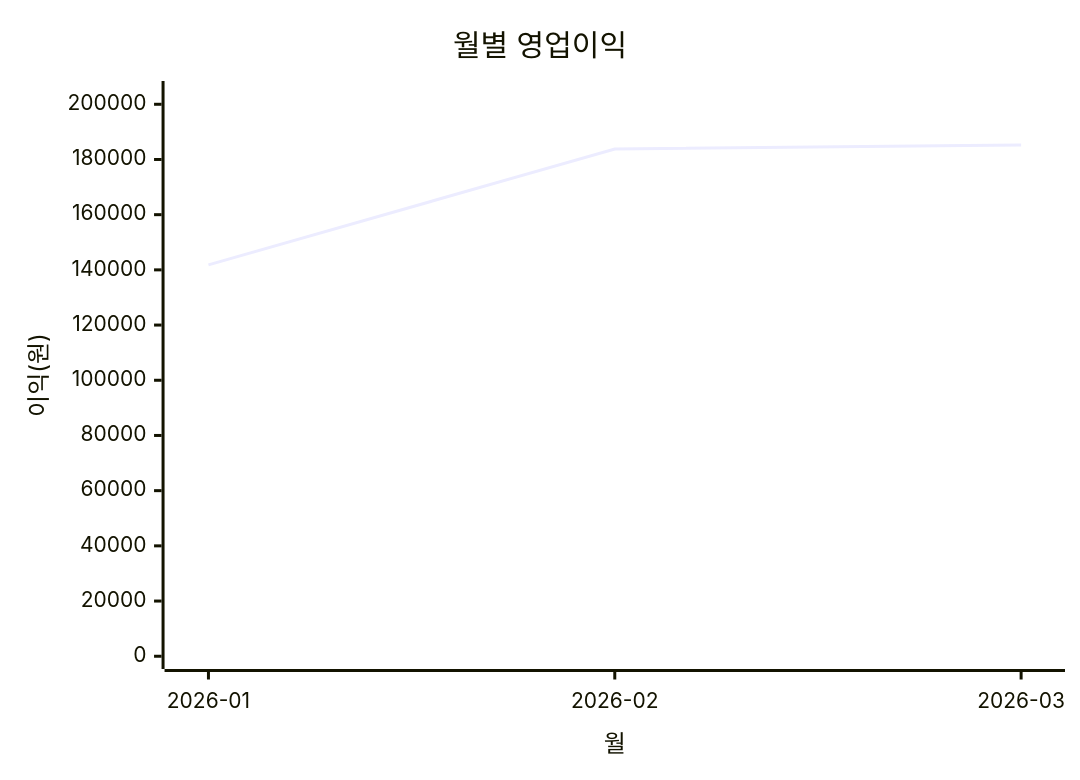
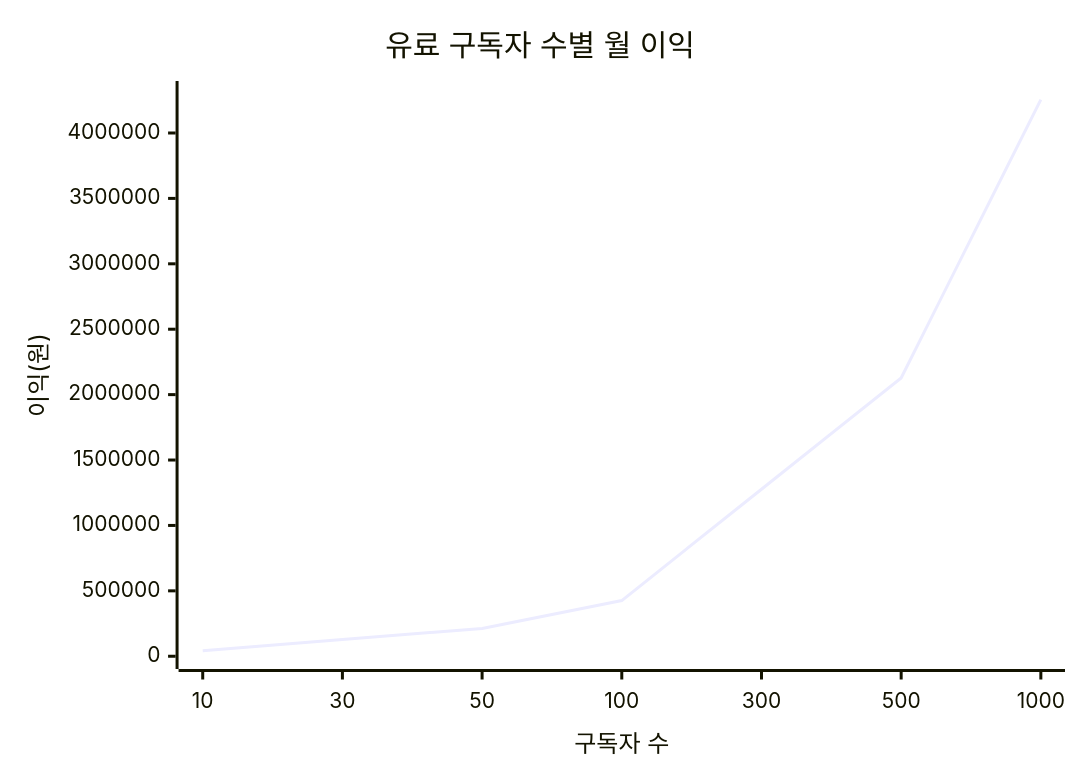
One commit to Dohwon/260322_polite_message_extension changed the third of 3 diagrams in BUSINESS_REPORT_PRIVATE.md. Above: the diagram before and after it, drawn with Mermaid. The commit also changed other lines of this file and 4 other files, not shown here.

````diff
--- a/BUSINESS_REPORT_PRIVATE.md
+++ b/BUSINESS_REPORT_PRIVATE.md
@@ -110,7 +187,7 @@
 ```mermaid
 xychart-beta
-  title "월별 영업이익"
-  x-axis "월" [2026-01,2026-02,2026-03]
-  y-axis "이익(원)" 0 --> 203813
-  line [141808.0,183800.0,185284.0]
+  title "유료 구독자 수별 월 이익"
+  x-axis "구독자 수" [10,30,50,100,300,500,1000]
+  y-axis "이익(원)" 0 --> 4300000
+  line [42555,127665,212775,425550,1276650,2127750,4255500]
 ```
````
